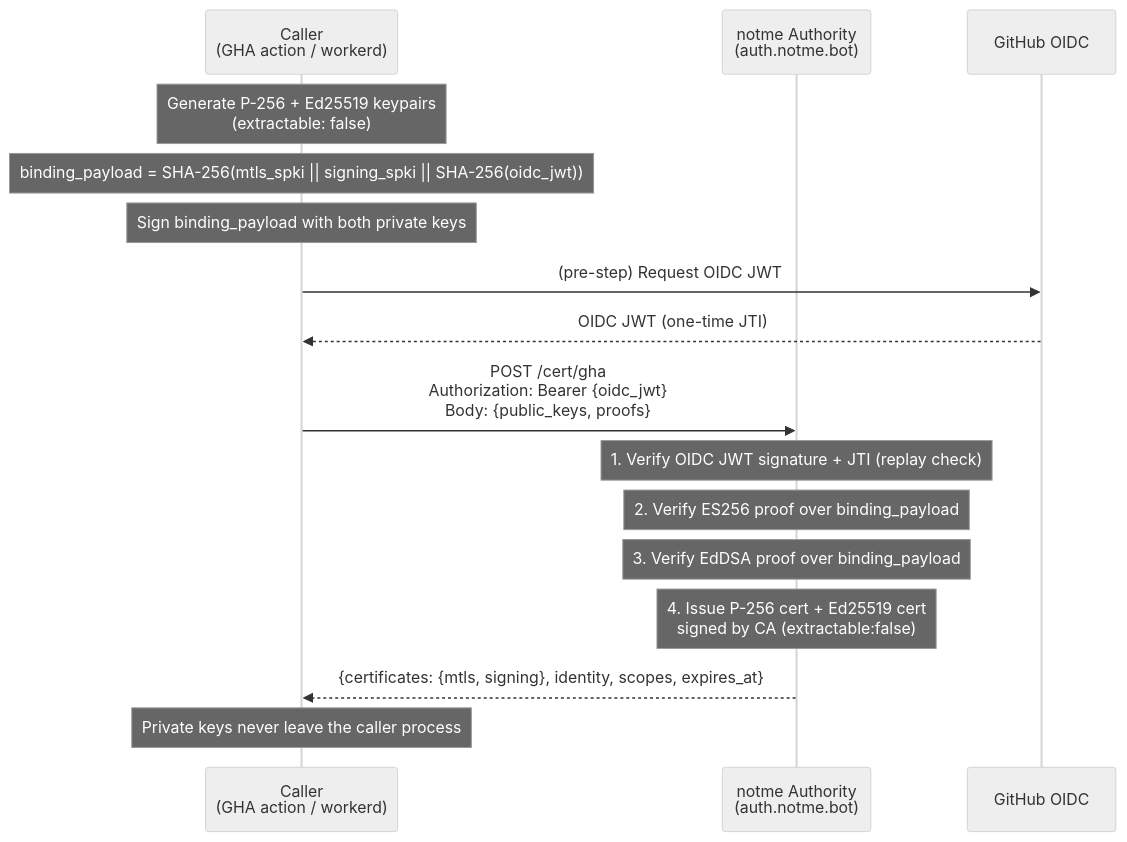
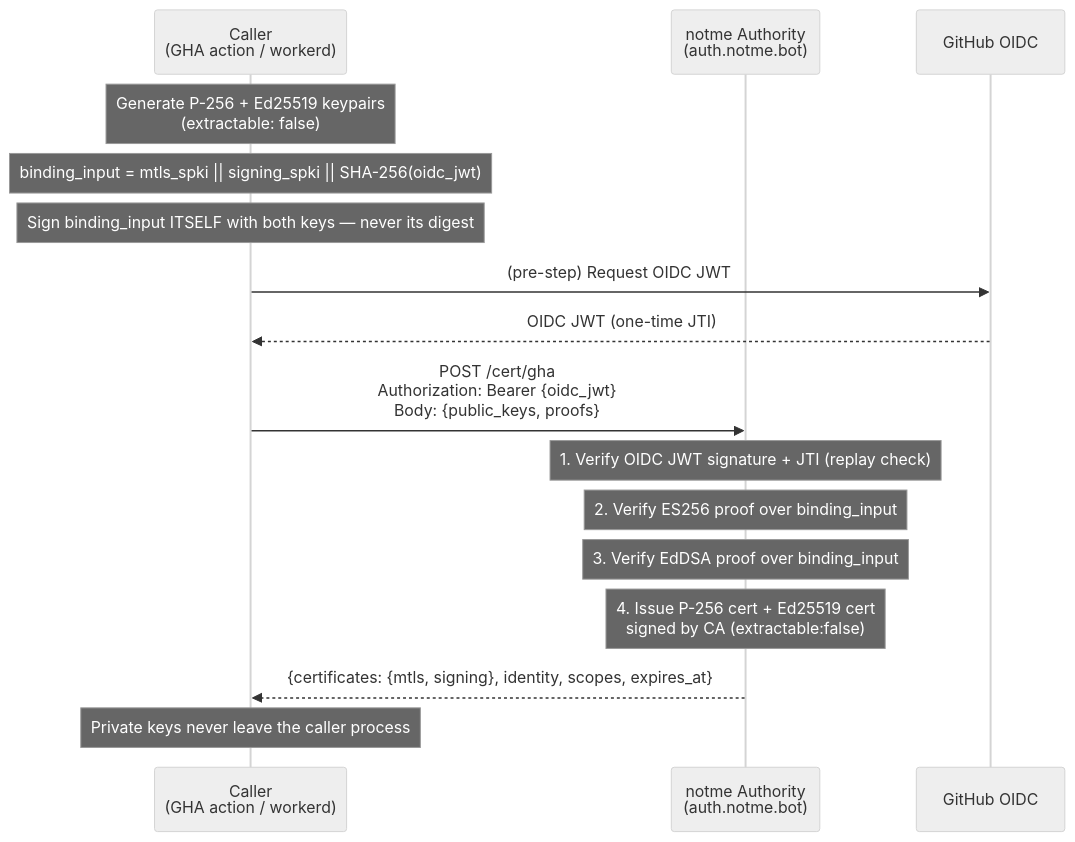
Before and after one commit to agentic-research/notme: the first of 3 diagrams in docs/design/008-bridge-cert-csr-wimse.md, drawn with Mermaid (neutral theme). The commit also changed other lines of this file and 4 other files, not shown here.

````diff
--- a/docs/design/008-bridge-cert-csr-wimse.md
+++ b/docs/design/008-bridge-cert-csr-wimse.md
@@ -165,22 +165,22 @@
 ```mermaid
 sequenceDiagram
     participant C as Caller<br/>(GHA action / workerd)
     participant A as notme Authority<br/>(auth.notme.bot)
     participant G as GitHub OIDC
 
     Note over C: Generate P-256 + Ed25519 keypairs<br/>(extractable: false)
-    Note over C: binding_payload = SHA-256(mtls_spki || signing_spki || SHA-256(oidc_jwt))
-    Note over C: Sign binding_payload with both private keys
+    Note over C: binding_input = mtls_spki || signing_spki || SHA-256(oidc_jwt)
+    Note over C: Sign binding_input ITSELF with both keys — never its digest
 
     C->>G: (pre-step) Request OIDC JWT
     G-->>C: OIDC JWT (one-time JTI)
 
     C->>A: POST /cert/gha<br/>Authorization: Bearer {oidc_jwt}<br/>Body: {public_keys, proofs}
     Note over A: 1. Verify OIDC JWT signature + JTI (replay check)
-    Note over A: 2. Verify ES256 proof over binding_payload
-    Note over A: 3. Verify EdDSA proof over binding_payload
+    Note over A: 2. Verify ES256 proof over binding_input
+    Note over A: 3. Verify EdDSA proof over binding_input
     Note over A: 4. Issue P-256 cert + Ed25519 cert<br/>   signed by CA (extractable:false)
     A-->>C: {certificates: {mtls, signing}, identity, scopes, expires_at}
 
     Note over C: Private keys never leave the caller process
 ```
````
